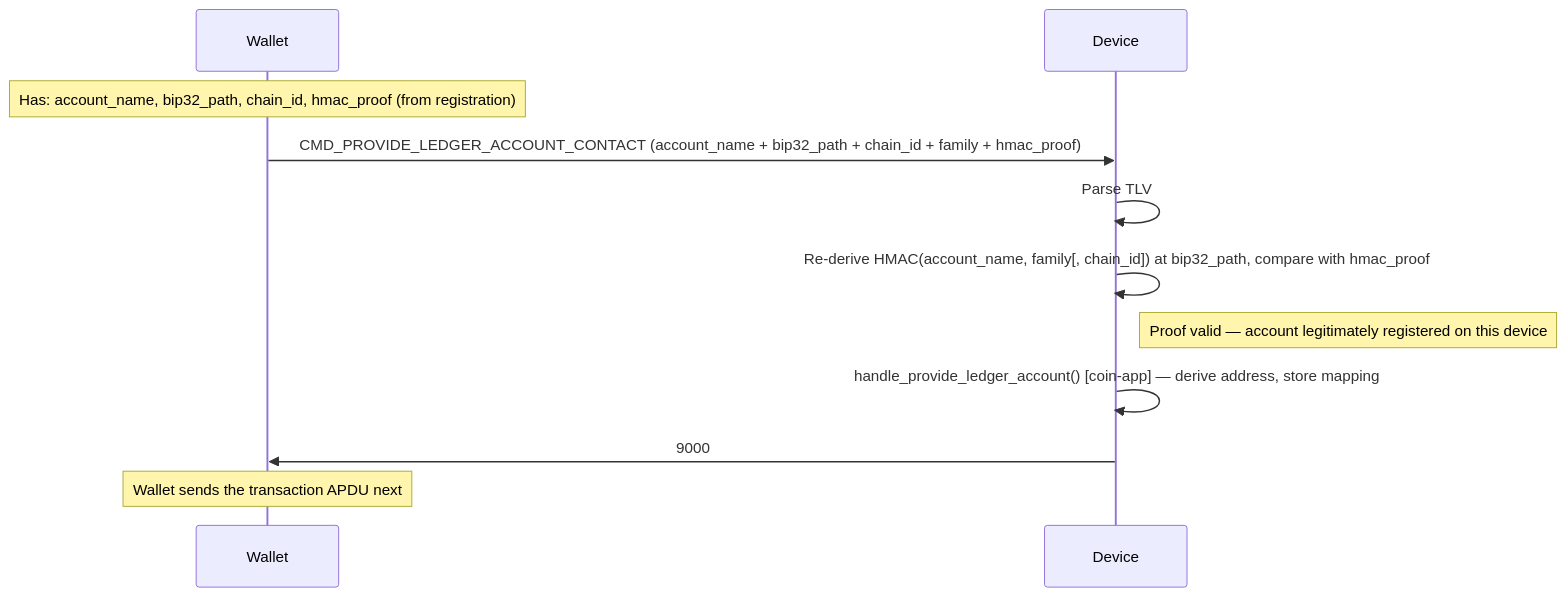
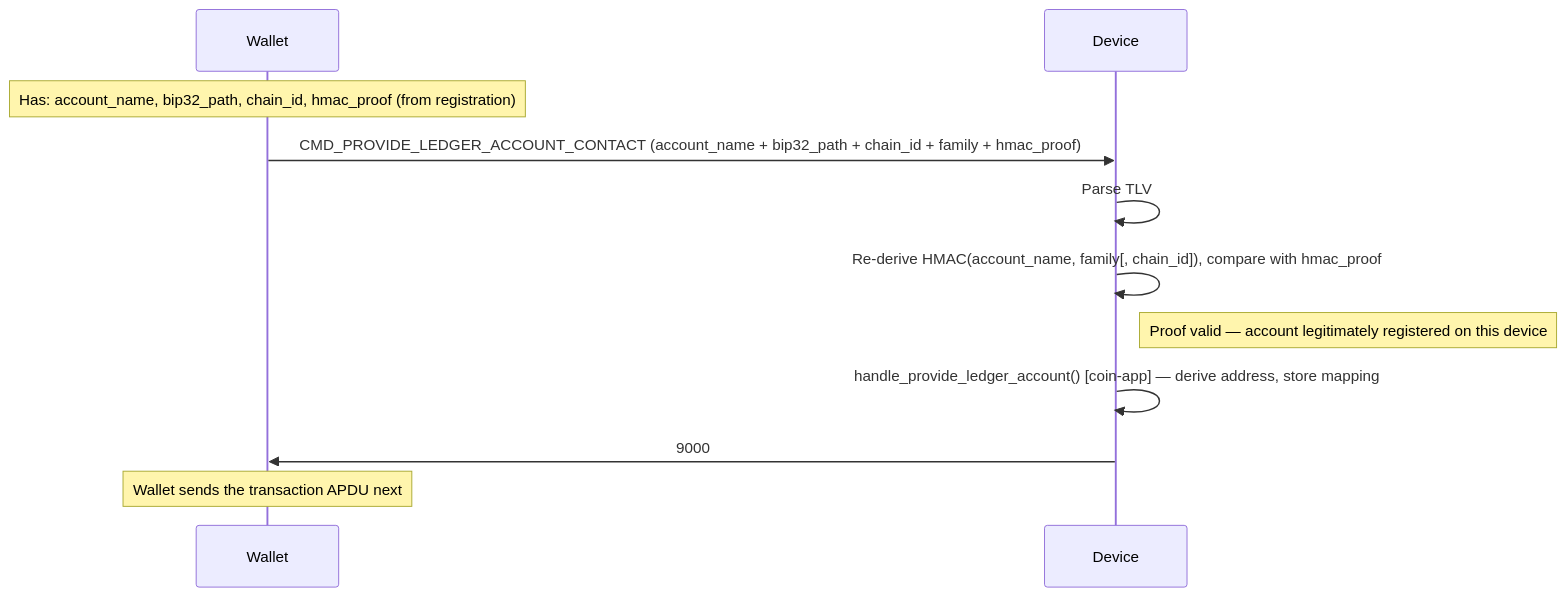
The tenth of 10 diagrams in app_features/address_book/doc/address_book_spec.md (LedgerHQ/ledger-secure-sdk), drawn with Mermaid before and after one commit. The commit also changed other lines of this file and 7 other files, not shown here.

Commit message:
Remove useless bip32 path for crypto functions

````diff
--- a/app_features/address_book/doc/address_book_spec.md
+++ b/app_features/address_book/doc/address_book_spec.md
@@ -706,12 +706,12 @@
 ```mermaid
 sequenceDiagram
 
     Note over Wallet: Has: account_name, bip32_path, chain_id, hmac_proof (from registration)
     Wallet->>Device: CMD_PROVIDE_LEDGER_ACCOUNT_CONTACT (account_name + bip32_path + chain_id + family + hmac_proof)
     Device->>Device: Parse TLV
-    Device->>Device: Re-derive HMAC(account_name, family[, chain_id]) at bip32_path, compare with hmac_proof
+    Device->>Device: Re-derive HMAC(account_name, family[, chain_id]), compare with hmac_proof
     Note right of Device: Proof valid — account legitimately registered on this device
     Device->>Device: handle_provide_ledger_account() [coin-app] — derive address, store mapping
     Device->>Wallet: 9000
     Note over Wallet: Wallet sends the transaction APDU next
 ```
````
